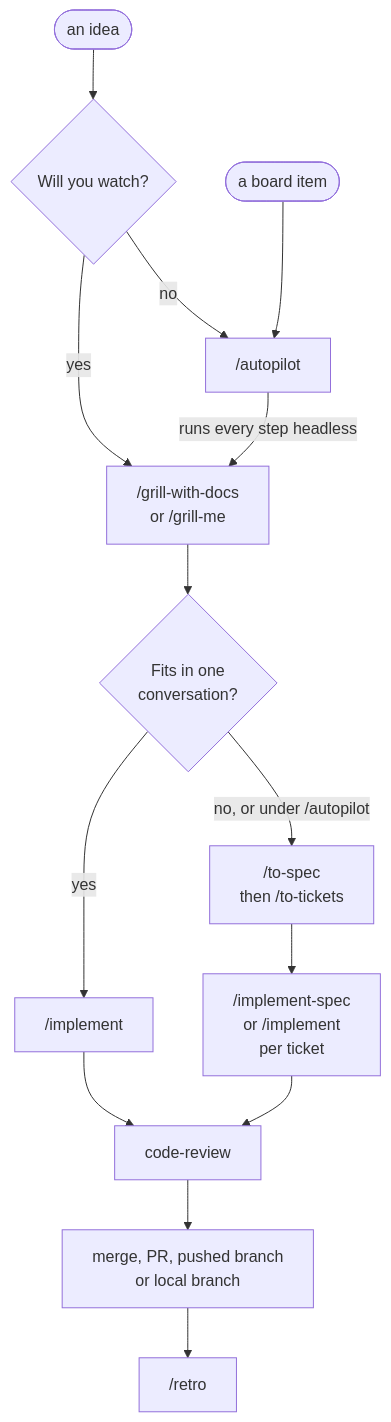
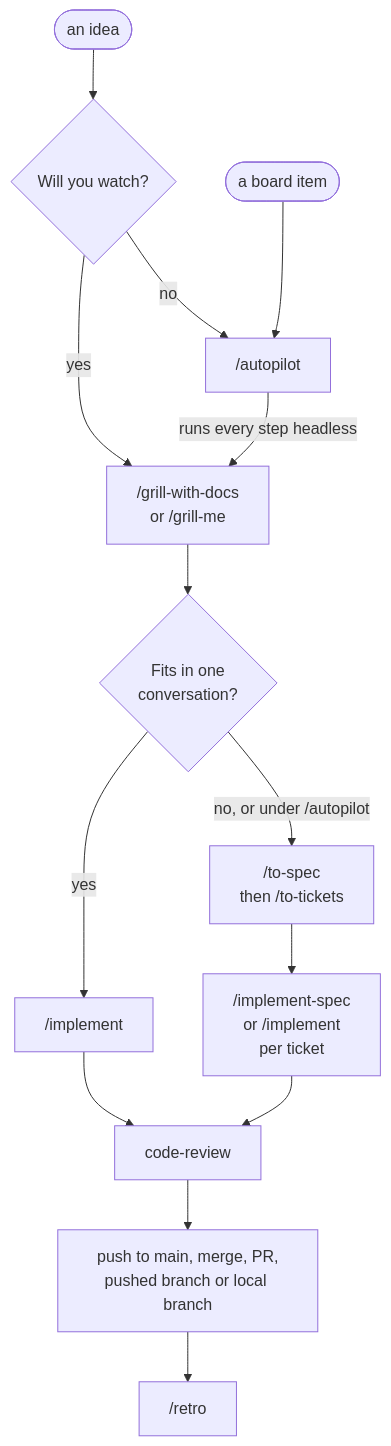
Before and after one commit to davner/dotfiles: the diagram in docs/workflow.md, drawn with Mermaid. The commit also changed other lines of this file and 2 other files, not shown here.

Commit message:
feat(autopilot): push finished work straight to main when allowed

````diff
--- a/docs/workflow.md
+++ b/docs/workflow.md
@@ -25,16 +25,16 @@
 ```mermaid
 flowchart TD
     idea(["an idea"]) --> who{"Will you watch?"}
     board(["a board item"]) --> auto
     who -->|yes| grill
     who -->|no| auto["/autopilot"]
     auto -->|"runs every step headless"| grill["/grill-with-docs<br/>or /grill-me"]
     grill --> fits{"Fits in one<br/>conversation?"}
     fits -->|yes| impl["/implement"]
     fits -->|"no, or under /autopilot"| plan["/to-spec<br/>then /to-tickets"]
     plan --> build["/implement-spec<br/>or /implement<br/>per ticket"]
     impl --> review["code-review"]
     build --> review
-    review --> ship["merge, PR, pushed branch<br/>or local branch"]
+    review --> ship["push to main, merge, PR,<br/>pushed branch or local branch"]
     ship --> retro["/retro"]
 ```
````
